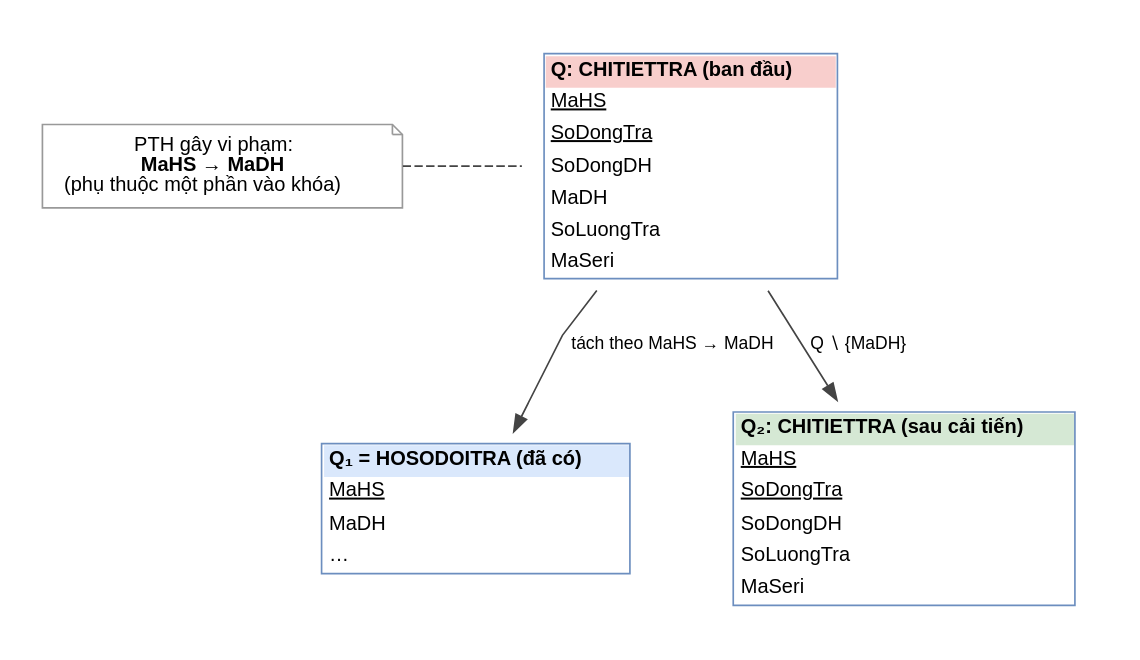
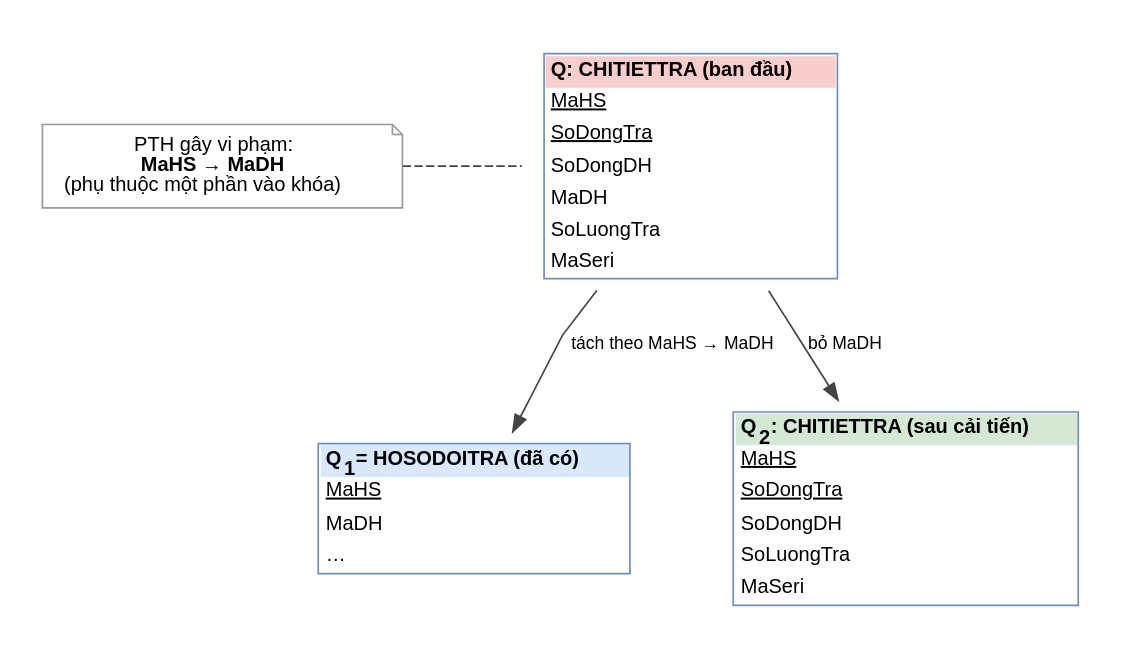
The diagram in bao-cao-moi/hinh/phan_ra_chitiettra.dot (twotnguyen/CSDL-NC-PowerTech), drawn with Graphviz before and after one commit. The commit also changed 54 other files, not shown here.

```diff
--- a/bao-cao-moi/hinh/phan_ra_chitiettra.dot
+++ b/bao-cao-moi/hinh/phan_ra_chitiettra.dot
@@ -1,10 +1,10 @@
 digraph G {
   rankdir=TB; splines=polyline; nodesep=0.5; ranksep=0.75; pad=0.25;
   node [fontname="Helvetica", fontsize=12, margin="0.18,0.1"]; edge [fontname="Helvetica", fontsize=10.5, color="#444444"];
   q [shape=plaintext, label=<<TABLE BORDER="1" COLOR="#6C8EBF" CELLBORDER="0" CELLSPACING="0" CELLPADDING="3"><TR><TD BGCOLOR="#F8CECC"><B>Q: CHITIETTRA (ban đầu)</B></TD></TR><TR><TD ALIGN="LEFT"><U>MaHS</U></TD></TR><TR><TD ALIGN="LEFT"><U>SoDongTra</U></TD></TR><TR><TD ALIGN="LEFT">SoDongDH</TD></TR><TR><TD ALIGN="LEFT">MaDH</TD></TR><TR><TD ALIGN="LEFT">SoLuongTra</TD></TR><TR><TD ALIGN="LEFT">MaSeri</TD></TR></TABLE>>];
   pth [shape=note, style=filled, fillcolor="#FFFFFF", color="#999999", label=<PTH gây vi phạm:<BR/><B>MaHS → MaDH</B><BR/>(phụ thuộc một phần vào khóa)>];
-  q1 [shape=plaintext, label=<<TABLE BORDER="1" COLOR="#6C8EBF" CELLBORDER="0" CELLSPACING="0" CELLPADDING="3"><TR><TD BGCOLOR="#DAE8FC"><B>Q₁ = HOSODOITRA (đã có)</B></TD></TR><TR><TD ALIGN="LEFT"><U>MaHS</U></TD></TR><TR><TD ALIGN="LEFT">MaDH</TD></TR><TR><TD ALIGN="LEFT">…</TD></TR></TABLE>>];
-  q2 [shape=plaintext, label=<<TABLE BORDER="1" COLOR="#6C8EBF" CELLBORDER="0" CELLSPACING="0" CELLPADDING="3"><TR><TD BGCOLOR="#D5E8D4"><B>Q₂: CHITIETTRA (sau cải tiến)</B></TD></TR><TR><TD ALIGN="LEFT"><U>MaHS</U></TD></TR><TR><TD ALIGN="LEFT"><U>SoDongTra</U></TD></TR><TR><TD ALIGN="LEFT">SoDongDH</TD></TR><TR><TD ALIGN="LEFT">SoLuongTra</TD></TR><TR><TD ALIGN="LEFT">MaSeri</TD></TR></TABLE>>];
-  q -> q1 [label="tách theo MaHS → MaDH"]; q -> q2 [label="Q ∖ {MaDH}"]; pth -> q [style=dashed, arrowhead=none];
+  q1 [shape=plaintext, label=<<TABLE BORDER="1" COLOR="#6C8EBF" CELLBORDER="0" CELLSPACING="0" CELLPADDING="3"><TR><TD BGCOLOR="#DAE8FC"><B>Q<SUB>1</SUB> = HOSODOITRA (đã có)</B></TD></TR><TR><TD ALIGN="LEFT"><U>MaHS</U></TD></TR><TR><TD ALIGN="LEFT">MaDH</TD></TR><TR><TD ALIGN="LEFT">…</TD></TR></TABLE>>];
+  q2 [shape=plaintext, label=<<TABLE BORDER="1" COLOR="#6C8EBF" CELLBORDER="0" CELLSPACING="0" CELLPADDING="3"><TR><TD BGCOLOR="#D5E8D4"><B>Q<SUB>2</SUB>: CHITIETTRA (sau cải tiến)</B></TD></TR><TR><TD ALIGN="LEFT"><U>MaHS</U></TD></TR><TR><TD ALIGN="LEFT"><U>SoDongTra</U></TD></TR><TR><TD ALIGN="LEFT">SoDongDH</TD></TR><TR><TD ALIGN="LEFT">SoLuongTra</TD></TR><TR><TD ALIGN="LEFT">MaSeri</TD></TR></TABLE>>];
+  q -> q1 [label="tách theo MaHS → MaDH"]; q -> q2 [label="bỏ MaDH"]; pth -> q [style=dashed, arrowhead=none];
   { rank=same; q; pth }
 }
```
